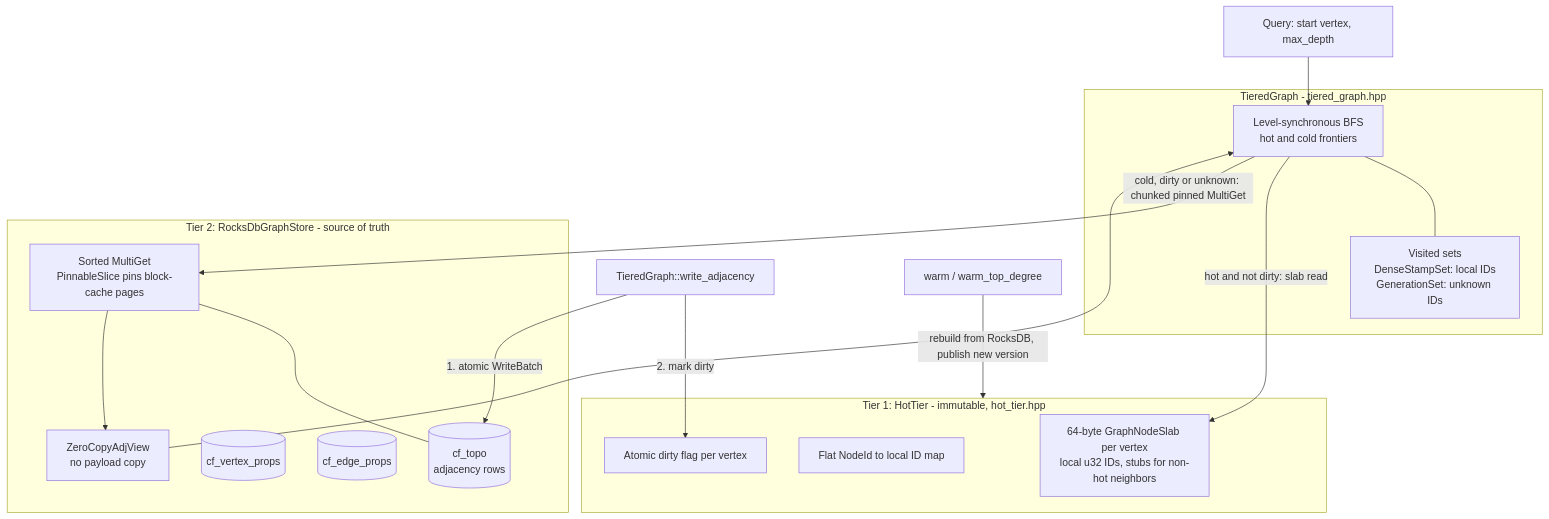
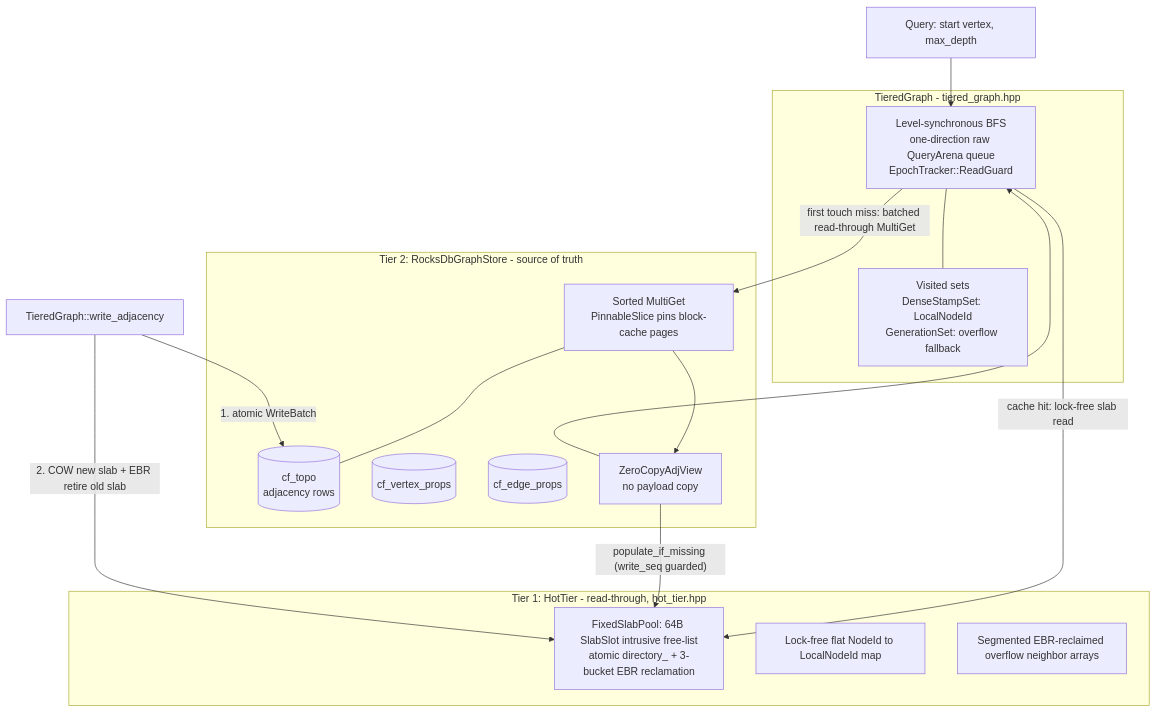
Before and after one commit to luxianlong/low_latency_graphDB: the diagram in README.md, drawn with Mermaid. The commit also changed other lines of this file and 8 other files, not shown here.

Commit message:
feat(hot-tier): read-through FixedSlabPool with EBR reclamation and one-direction QueryArena queue

````diff
--- a/README.md
+++ b/README.md
@@ -11,34 +11,34 @@
 ```mermaid
 flowchart TB
     Q[Query: start vertex, max_depth] --> BFS
 
     subgraph TG[TieredGraph - tiered_graph.hpp]
-        BFS[Level-synchronous BFS<br/>hot and cold frontiers]
-        VIS[Visited sets<br/>DenseStampSet: local IDs<br/>GenerationSet: unknown IDs]
+        BFS[Level-synchronous BFS<br/>one-direction raw QueryArena queue<br/>EpochTracker::ReadGuard]
+        VIS[Visited sets<br/>DenseStampSet: LocalNodeId<br/>GenerationSet: overflow fallback]
         BFS --- VIS
     end
 
-    subgraph T1[Tier 1: HotTier - immutable, hot_tier.hpp]
-        SL[64-byte GraphNodeSlab per vertex<br/>local u32 IDs, stubs for non-hot neighbors]
-        MAP[Flat NodeId to local ID map]
-        DIRTY[Atomic dirty flag per vertex]
+    subgraph T1[Tier 1: HotTier - read-through, hot_tier.hpp]
+        SL[FixedSlabPool: 64B SlabSlot intrusive free-list<br/>atomic directory_ + 3-bucket EBR reclamation]
+        MAP[Lock-free flat NodeId to LocalNodeId map]
+        OVF[Segmented EBR-reclaimed overflow neighbor arrays]
     end
 
     subgraph T2[Tier 2: RocksDbGraphStore - source of truth]
         TOPO[(cf_topo<br/>adjacency rows)]
         VP[(cf_vertex_props)]
         EP[(cf_edge_props)]
         PIN[Sorted MultiGet<br/>PinnableSlice pins block-cache pages]
         ZC[ZeroCopyAdjView<br/>no payload copy]
         PIN --- TOPO
         PIN --> ZC
     end
 
-    BFS -- "hot and not dirty: slab read" --> SL
-    BFS -- "cold, dirty or unknown: chunked pinned MultiGet" --> PIN
+    BFS -- "cache hit: lock-free slab read" --> SL
+    BFS -- "first touch miss: batched read-through MultiGet" --> PIN
+    ZC -- "populate_if_missing (write_seq guarded)" --> SL
     ZC --> BFS
 
     W[TieredGraph::write_adjacency] -- "1. atomic WriteBatch" --> TOPO
-    W -- "2. mark dirty" --> DIRTY
-    R[warm / warm_top_degree] -- "rebuild from RocksDB, publish new version" --> T1
+    W -- "2. COW new slab + EBR retire old slab" --> SL
 ```
````
